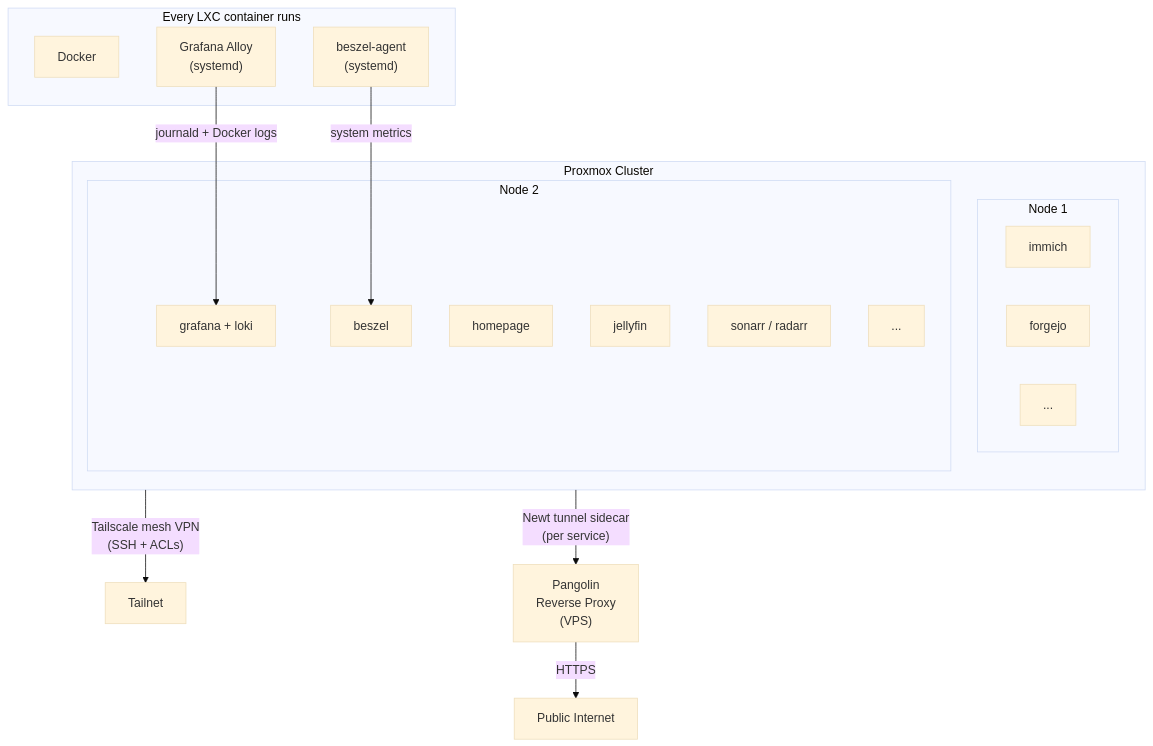
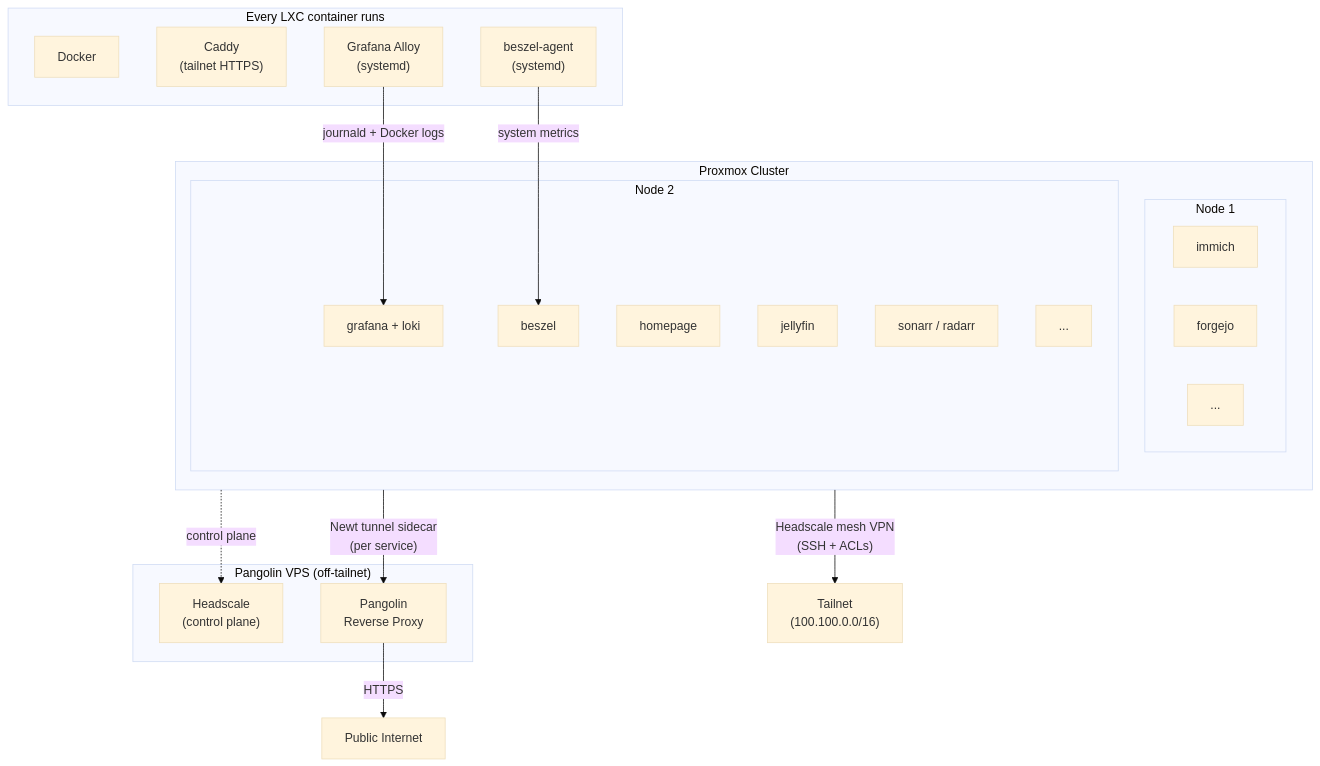
One commit to davegallant/homelab changed the diagram in README.md. Above: the diagram before and after it, drawn with Mermaid (base theme). The commit also changed other lines of this file, not shown here.

Commit message:
docs: update networking overview

````diff
--- a/README.md
+++ b/README.md
@@ -14,31 +14,38 @@
 ```mermaid
 graph TD
+    subgraph VPS["Pangolin VPS (off-tailnet)"]
+        headscale["Headscale\n(control plane)"]
+        pangolin["Pangolin\nReverse Proxy"]
+    end
+
     subgraph Proxmox["Proxmox Cluster"]
         subgraph N1["Node 1"]
             immich["immich"]
             forgejo["forgejo"]
             n1etc["..."]
         end
         subgraph N2["Node 2"]
             grafana["grafana + loki"]
             beszel["beszel"]
             homepage["homepage"]
             jellyfin["jellyfin"]
             sonarr["sonarr / radarr"]
             n2etc["..."]
         end
     end
 
-    Proxmox -->|"Tailscale mesh VPN\n(SSH + ACLs)"| ts["Tailnet"]
-    Proxmox -->|"Newt tunnel sidecar\n(per service)"| pangolin["Pangolin\nReverse Proxy\n(VPS)"]
+    Proxmox -->|"Headscale mesh VPN\n(SSH + ACLs)"| ts["Tailnet\n(100.100.0.0/16)"]
+    Proxmox -.->|"control plane"| headscale
+    Proxmox -->|"Newt tunnel sidecar\n(per service)"| pangolin
     pangolin -->|"HTTPS"| internet["Public Internet"]
 
     subgraph PerHost["Every LXC container runs"]
         docker["Docker"]
+        caddy["Caddy\n(tailnet HTTPS)"]
         alloy["Grafana Alloy\n(systemd)"]
         beszelagent["beszel-agent\n(systemd)"]
     end
 
     alloy -->|"journald + Docker logs"| grafana
     beszelagent -->|"system metrics"| beszel
 ```
````
